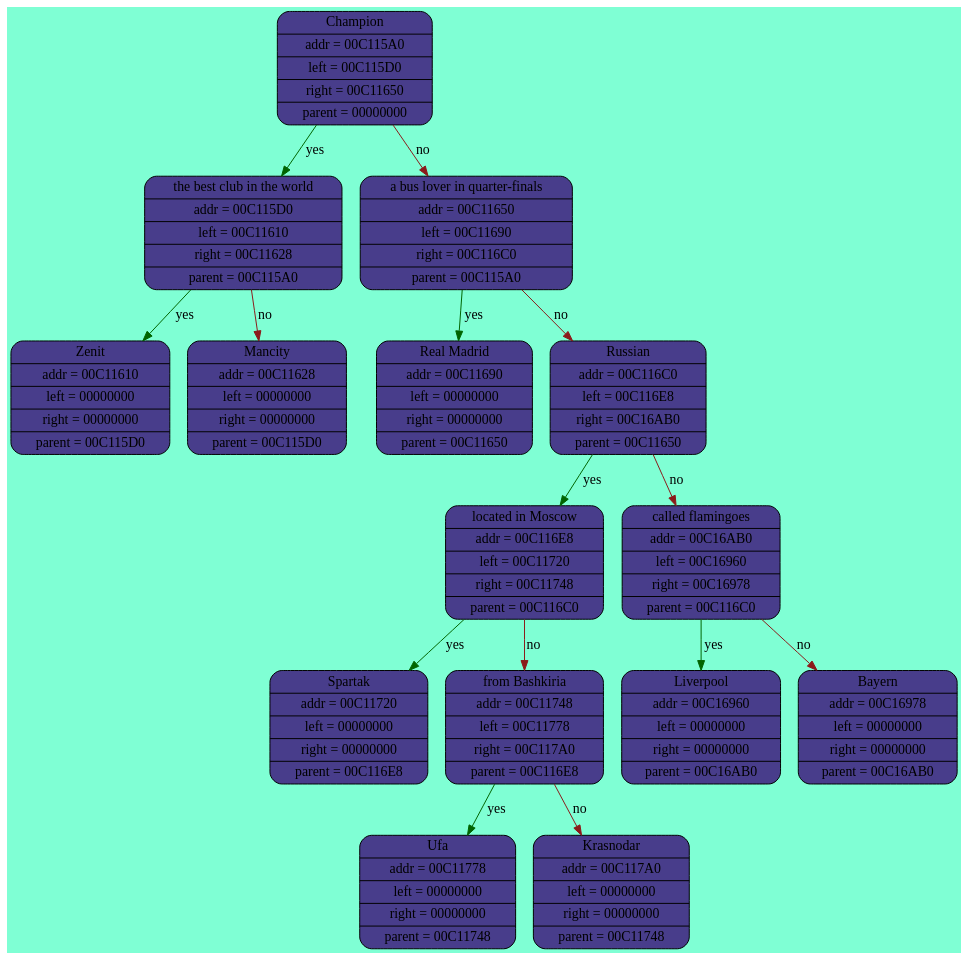
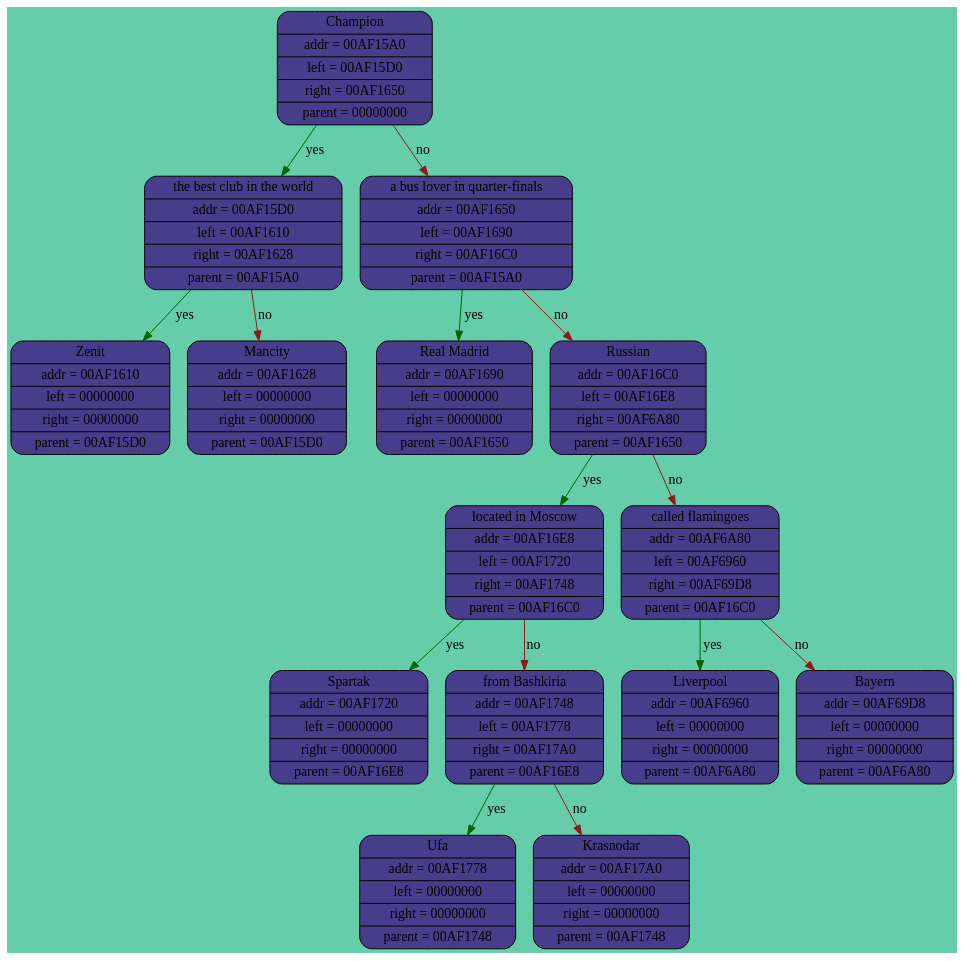
One commit to maachs/Akinator changed the diagram in Dump.dot. Above: the diagram before and after it, drawn with Graphviz. The commit also changed 13 other files, not shown here.

```diff
--- a/Dump.dot
+++ b/Dump.dot
@@ -1,41 +1,41 @@
 digraph G
 {
  rankdir = UD
-bgcolor = "aquamarine"
-"Champion" [shape = Mrecord, style = "filled", fillcolor = "darkslateblue", label = "{Champion | addr = 00C115A0 | left = 00C115D0 | right = 00C11650 | parent = 00000000}"];
-"the best club in the world" [shape = Mrecord, style = "filled", fillcolor = "darkslateblue", label = "{the best club in the world | addr = 00C115D0 | left = 00C11610 | right = 00C11628 | parent = 00C115A0}"];
-"Zenit" [shape = Mrecord, style = "filled", fillcolor = "darkslateblue", label = "{Zenit | addr = 00C11610 | left = 00000000 | right = 00000000 | parent = 00C115D0}"];
+bgcolor = "aquamarine3"
+"Champion" [shape = Mrecord, style = "filled", fillcolor = "darkslateblue", label = "{Champion | addr = 00AF15A0 | left = 00AF15D0 | right = 00AF1650 | parent = 00000000}"];
+"the best club in the world" [shape = Mrecord, style = "filled", fillcolor = "darkslateblue", label = "{the best club in the world | addr = 00AF15D0 | left = 00AF1610 | right = 00AF1628 | parent = 00AF15A0}"];
+"Zenit" [shape = Mrecord, style = "filled", fillcolor = "darkslateblue", label = "{Zenit | addr = 00AF1610 | left = 00000000 | right = 00000000 | parent = 00AF15D0}"];
  edge[color = "darkgreen", label = "yes"];
-"the best club in the world" -> "Zenit";"Mancity" [shape = Mrecord, style = "filled", fillcolor = "darkslateblue", label = "{Mancity | addr = 00C11628 | left = 00000000 | right = 00000000 | parent = 00C115D0}"];
+"the best club in the world" -> "Zenit";"Mancity" [shape = Mrecord, style = "filled", fillcolor = "darkslateblue", label = "{Mancity | addr = 00AF1628 | left = 00000000 | right = 00000000 | parent = 00AF15D0}"];
  edge[color = "firebrick4", label = "no"];
 "the best club in the world" -> "Mancity";
  edge[color = "darkgreen", label = "yes"];
-"Champion" -> "the best club in the world";"a bus lover in quarter-finals" [shape = Mrecord, style = "filled", fillcolor = "darkslateblue", label = "{a bus lover in quarter-finals | addr = 00C11650 | left = 00C11690 | right = 00C116C0 | parent = 00C115A0}"];
-"Real Madrid" [shape = Mrecord, style = "filled", fillcolor = "darkslateblue", label = "{Real Madrid | addr = 00C11690 | left = 00000000 | right = 00000000 | parent = 00C11650}"];
+"Champion" -> "the best club in the world";"a bus lover in quarter-finals" [shape = Mrecord, style = "filled", fillcolor = "darkslateblue", label = "{a bus lover in quarter-finals | addr = 00AF1650 | left = 00AF1690 | right = 00AF16C0 | parent = 00AF15A0}"];
+"Real Madrid" [shape = Mrecord, style = "filled", fillcolor = "darkslateblue", label = "{Real Madrid | addr = 00AF1690 | left = 00000000 | right = 00000000 | parent = 00AF1650}"];
  edge[color = "darkgreen", label = "yes"];
-"a bus lover in quarter-finals" -> "Real Madrid";"Russian" [shape = Mrecord, style = "filled", fillcolor = "darkslateblue", label = "{Russian | addr = 00C116C0 | left = 00C116E8 | right = 00C16AB0 | parent = 00C11650}"];
-"located in Moscow" [shape = Mrecord, style = "filled", fillcolor = "darkslateblue", label = "{located in Moscow | addr = 00C116E8 | left = 00C11720 | right = 00C11748 | parent = 00C116C0}"];
-"Spartak" [shape = Mrecord, style = "filled", fillcolor = "darkslateblue", label = "{Spartak | addr = 00C11720 | left = 00000000 | right = 00000000 | parent = 00C116E8}"];
+"a bus lover in quarter-finals" -> "Real Madrid";"Russian" [shape = Mrecord, style = "filled", fillcolor = "darkslateblue", label = "{Russian | addr = 00AF16C0 | left = 00AF16E8 | right = 00AF6A80 | parent = 00AF1650}"];
+"located in Moscow" [shape = Mrecord, style = "filled", fillcolor = "darkslateblue", label = "{located in Moscow | addr = 00AF16E8 | left = 00AF1720 | right = 00AF1748 | parent = 00AF16C0}"];
+"Spartak" [shape = Mrecord, style = "filled", fillcolor = "darkslateblue", label = "{Spartak | addr = 00AF1720 | left = 00000000 | right = 00000000 | parent = 00AF16E8}"];
  edge[color = "darkgreen", label = "yes"];
-"located in Moscow" -> "Spartak";"from Bashkiria" [shape = Mrecord, style = "filled", fillcolor = "darkslateblue", label = "{from Bashkiria | addr = 00C11748 | left = 00C11778 | right = 00C117A0 | parent = 00C116E8}"];
-"Ufa" [shape = Mrecord, style = "filled", fillcolor = "darkslateblue", label = "{Ufa | addr = 00C11778 | left = 00000000 | right = 00000000 | parent = 00C11748}"];
+"located in Moscow" -> "Spartak";"from Bashkiria" [shape = Mrecord, style = "filled", fillcolor = "darkslateblue", label = "{from Bashkiria | addr = 00AF1748 | left = 00AF1778 | right = 00AF17A0 | parent = 00AF16E8}"];
+"Ufa" [shape = Mrecord, style = "filled", fillcolor = "darkslateblue", label = "{Ufa | addr = 00AF1778 | left = 00000000 | right = 00000000 | parent = 00AF1748}"];
  edge[color = "darkgreen", label = "yes"];
-"from Bashkiria" -> "Ufa";"Krasnodar" [shape = Mrecord, style = "filled", fillcolor = "darkslateblue", label = "{Krasnodar | addr = 00C117A0 | left = 00000000 | right = 00000000 | parent = 00C11748}"];
+"from Bashkiria" -> "Ufa";"Krasnodar" [shape = Mrecord, style = "filled", fillcolor = "darkslateblue", label = "{Krasnodar | addr = 00AF17A0 | left = 00000000 | right = 00000000 | parent = 00AF1748}"];
  edge[color = "firebrick4", label = "no"];
 "from Bashkiria" -> "Krasnodar";
  edge[color = "firebrick4", label = "no"];
 "located in Moscow" -> "from Bashkiria";
  edge[color = "darkgreen", label = "yes"];
-"Russian" -> "located in Moscow";"called flamingoes" [shape = Mrecord, style = "filled", fillcolor = "darkslateblue", label = "{called flamingoes | addr = 00C16AB0 | left = 00C16960 | right = 00C16978 | parent = 00C116C0}"];
-"Liverpool" [shape = Mrecord, style = "filled", fillcolor = "darkslateblue", label = "{Liverpool | addr = 00C16960 | left = 00000000 | right = 00000000 | parent = 00C16AB0}"];
+"Russian" -> "located in Moscow";"called flamingoes" [shape = Mrecord, style = "filled", fillcolor = "darkslateblue", label = "{called flamingoes | addr = 00AF6A80 | left = 00AF6960 | right = 00AF69D8 | parent = 00AF16C0}"];
+"Liverpool" [shape = Mrecord, style = "filled", fillcolor = "darkslateblue", label = "{Liverpool | addr = 00AF6960 | left = 00000000 | right = 00000000 | parent = 00AF6A80}"];
  edge[color = "darkgreen", label = "yes"];
-"called flamingoes" -> "Liverpool";"Bayern" [shape = Mrecord, style = "filled", fillcolor = "darkslateblue", label = "{Bayern | addr = 00C16978 | left = 00000000 | right = 00000000 | parent = 00C16AB0}"];
+"called flamingoes" -> "Liverpool";"Bayern" [shape = Mrecord, style = "filled", fillcolor = "darkslateblue", label = "{Bayern | addr = 00AF69D8 | left = 00000000 | right = 00000000 | parent = 00AF6A80}"];
  edge[color = "firebrick4", label = "no"];
 "called flamingoes" -> "Bayern";
  edge[color = "firebrick4", label = "no"];
 "Russian" -> "called flamingoes";
  edge[color = "firebrick4", label = "no"];
 "a bus lover in quarter-finals" -> "Russian";
  edge[color = "firebrick4", label = "no"];
 "Champion" -> "a bus lover in quarter-finals";
 }
```
